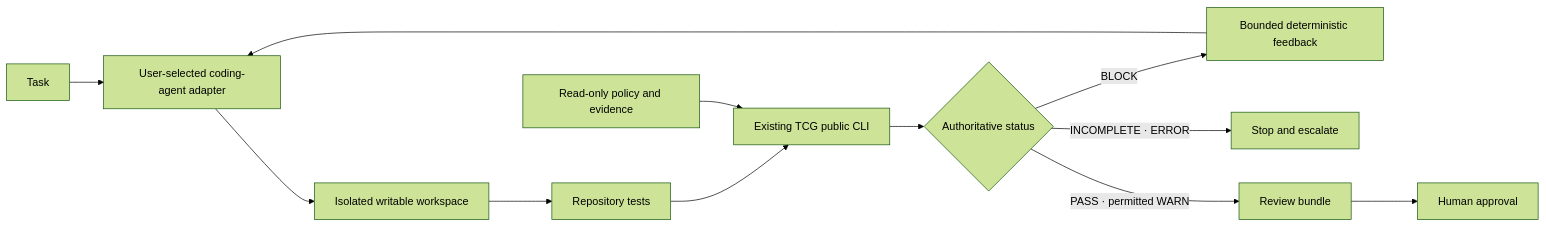
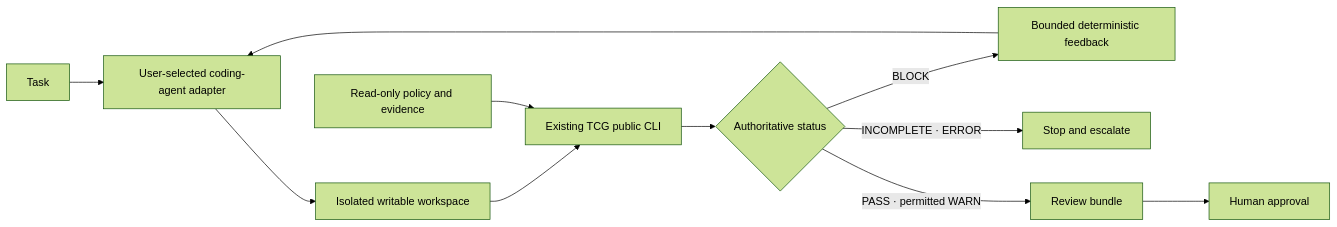
Before and after one commit to tadurisaikiran/telemetry-change-guard: the diagram in docs/AGENTIC_ROADMAP.md, drawn with Mermaid (forest theme). The commit also changed other lines of this file and 27 other files, not shown here.

````diff
--- a/docs/AGENTIC_ROADMAP.md
+++ b/docs/AGENTIC_ROADMAP.md
@@ -37,14 +37,13 @@
 ```mermaid
 flowchart LR
     T["Task"] --> A["User-selected coding-agent adapter"]
     A --> W["Isolated writable workspace"]
-    W --> Q["Repository tests"]
-    Q --> G["Existing TCG public CLI"]
+    W --> G["Existing TCG public CLI"]
     P["Read-only policy and evidence"] --> G
     G --> D{"Authoritative status"}
     D -->|"BLOCK"| F["Bounded deterministic feedback"]
     F --> A
     D -->|"INCOMPLETE · ERROR"| S["Stop and escalate"]
     D -->|"PASS · permitted WARN"| R["Review bundle"]
     R --> H["Human approval"]
 ```
````
